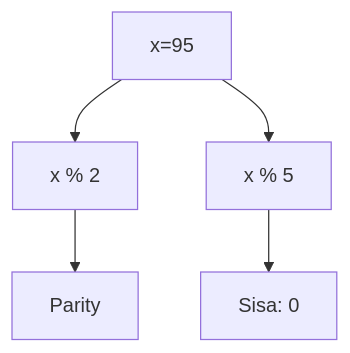
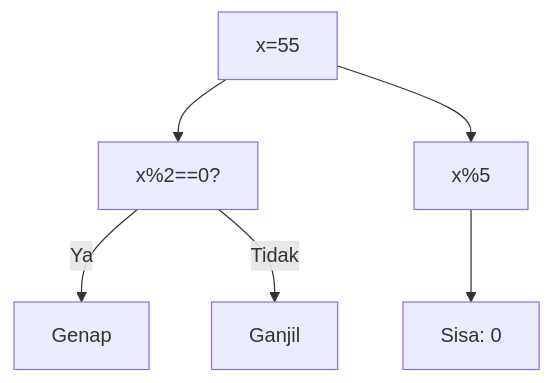
Before and after one commit to amnahwaida/OSNK_INF_PREP: the sixth of 25 diagrams in part-c-pemahaman-cpp/04-fungsi/latihan/set-06.md, drawn with Mermaid. The commit also changed other lines of this file and 71 other files, not shown here.

Commit message:
Fixed Mermaid syntax lexical errors with quoted labels in 1,800 questions

````diff
--- a/part-c-pemahaman-cpp/04-fungsi/latihan/set-06.md
+++ b/part-c-pemahaman-cpp/04-fungsi/latihan/set-06.md
@@ -296,7 +180,8 @@
 ```mermaid
 graph TD
-A[x=95] --> B[x % 2]
-B --> C[Parity]
-A --> D[x % 5]
-D --> E[Sisa: 0]
+A["x=55"] --> B["x%2==0?"]
+B -- Ya --> C["Genap"]
+B -- Tidak --> D["Ganjil"]
+A --> E["x%5"]
+E --> F["Sisa: 0"]
 ```
````
